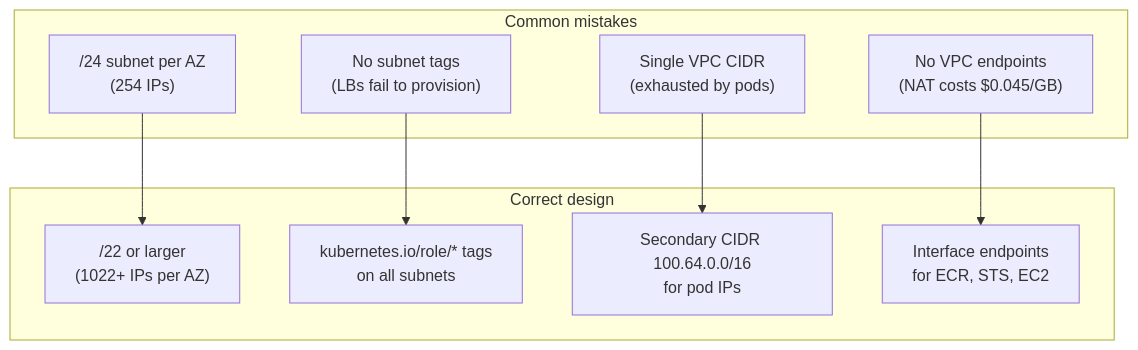
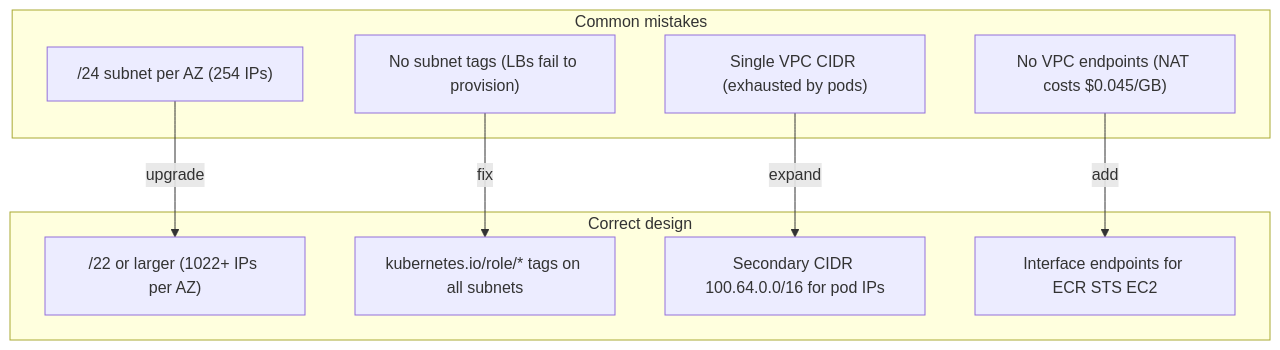
Before and after one commit to MykolaLebid/Kubernetes_networking_engineering: the first of 4 diagrams in lessons/30-aws-vpc-design.md, drawn with Mermaid. The commit also changed other lines of this file and 35 other files, not shown here.

First line of the commit message:
Restructure all 34 lessons: Theory/Practice split, richer diagrams, industry examples, navigation

````diff
--- a/lessons/30-aws-vpc-design.md
+++ b/lessons/30-aws-vpc-design.md
@@ -37,19 +19,19 @@
 ```mermaid
 flowchart TD
     subgraph Problem["Common mistakes"]
-        S1["/24 subnet per AZ\n(254 IPs)"]
-        S2["No subnet tags\n(LBs fail to provision)"]
-        S3["Single VPC CIDR\n(exhausted by pods)"]
-        S4["No VPC endpoints\n(NAT costs $0.045/GB)"]
+        S1["/24 subnet per AZ (254 IPs)"]
+        S2["No subnet tags (LBs fail to provision)"]
+        S3["Single VPC CIDR (exhausted by pods)"]
+        S4["No VPC endpoints (NAT costs $0.045/GB)"]
     end
     subgraph Solution["Correct design"]
-        T1["/22 or larger\n(1022+ IPs per AZ)"]
-        T2["kubernetes.io/role/* tags\non all subnets"]
-        T3["Secondary CIDR 100.64.0.0/16\nfor pod IPs"]
-        T4["Interface endpoints\nfor ECR, STS, EC2"]
+        T1["/22 or larger (1022+ IPs per AZ)"]
+        T2["kubernetes.io/role/* tags on all subnets"]
+        T3["Secondary CIDR 100.64.0.0/16 for pod IPs"]
+        T4["Interface endpoints for ECR STS EC2"]
     end
-    S1 --> T1
-    S2 --> T2
-    S3 --> T3
-    S4 --> T4
+    S1 --"upgrade"--> T1
+    S2 --"fix"--> T2
+    S3 --"expand"--> T3
+    S4 --"add"--> T4
 ```
````
